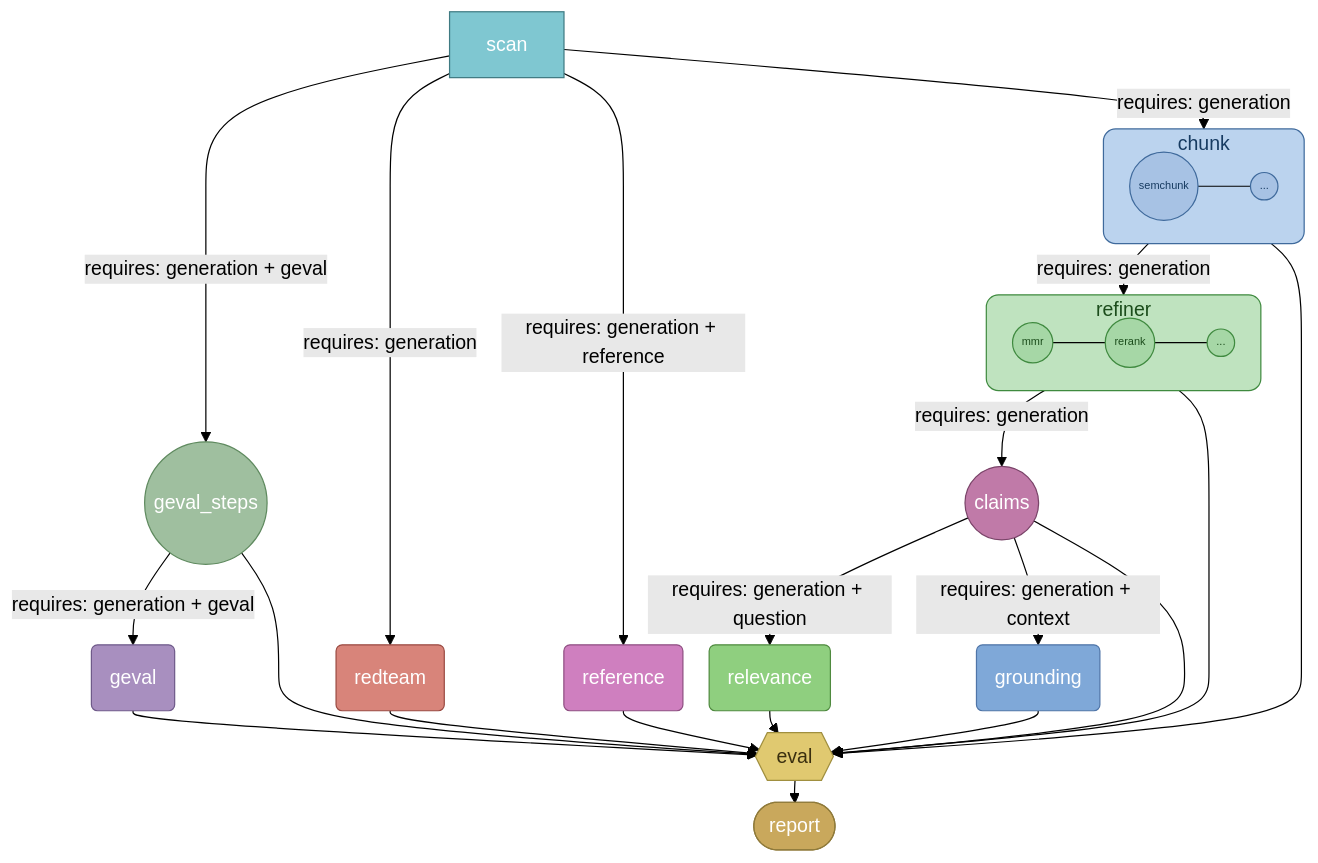
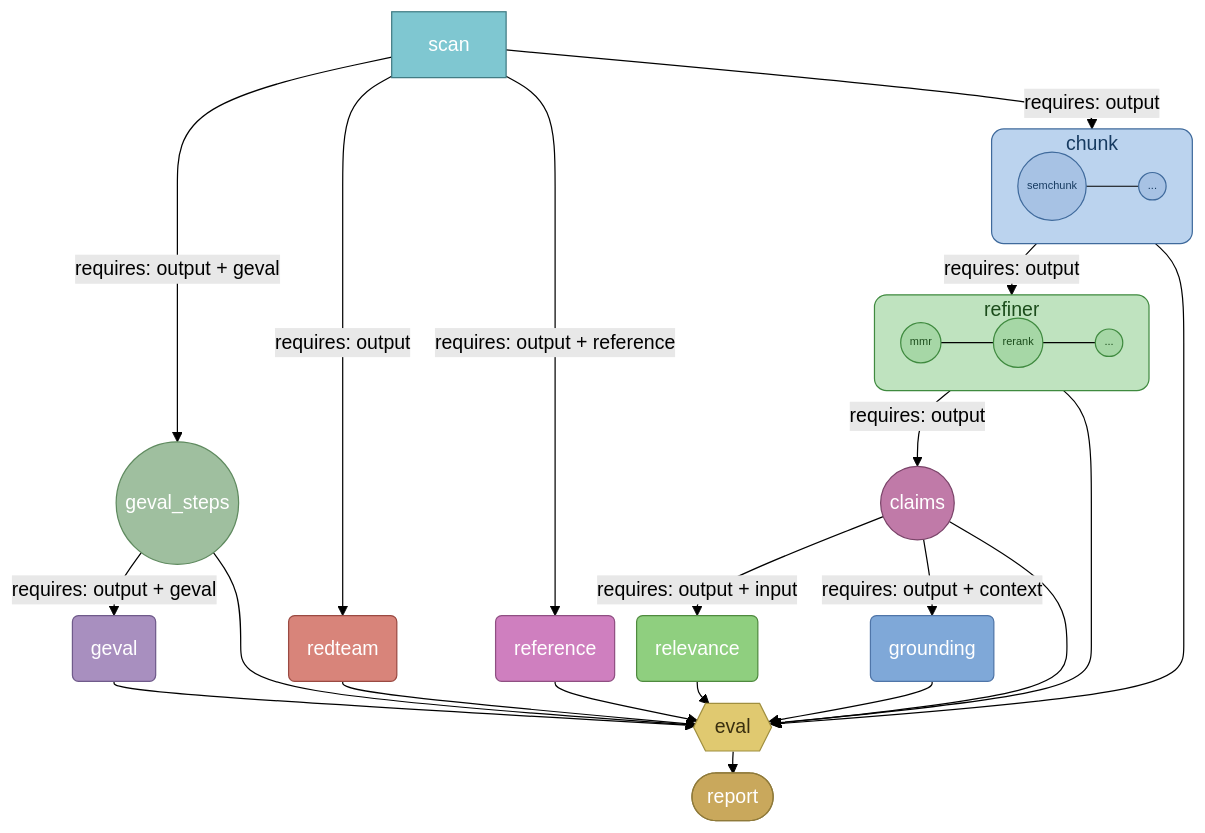
One commit to harnexa/nexa-gauge changed the diagram in docs/architecture.md. Above: the diagram before and after it, drawn with Mermaid (forest theme). The commit also changed other lines of this file and 51 other files, not shown here.

Commit message:
Map field `generation` -> `ouput` and `question` -> input

```diff
--- a/docs/architecture.md
+++ b/docs/architecture.md
@@ -76,17 +76,17 @@
     report([report])
 
     %% Utility chain
-    scan -- "requires: generation" --> chunk_box
-    chunk_box -- "requires: generation" --> refiner_box
-    refiner_box -- "requires: generation" --> claims
-    scan -- "requires: generation + geval" --> geval_steps
+    scan -- "requires: output" --> chunk_box
+    chunk_box -- "requires: output" --> refiner_box
+    refiner_box -- "requires: output" --> claims
+    scan -- "requires: output + geval" --> geval_steps
 
     %% Metric fan-out
-    claims -- "requires: generation + question" --> relevance
-    claims -- "requires: generation + context" --> grounding
-    scan -- "requires: generation" --> redteam
-    geval_steps -- "requires: generation + geval" --> geval
-    scan -- "requires: generation + reference" --> reference
+    claims -- "requires: output + input" --> relevance
+    claims -- "requires: output + context" --> grounding
+    scan -- "requires: output" --> redteam
+    geval_steps -- "requires: output + geval" --> geval
+    scan -- "requires: output + reference" --> reference
 
     %% Join into eval
     chunk_box --> eval
```
